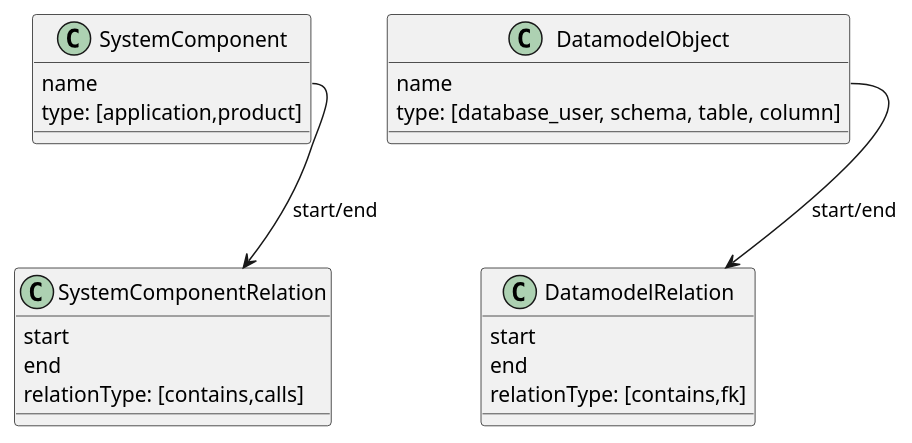
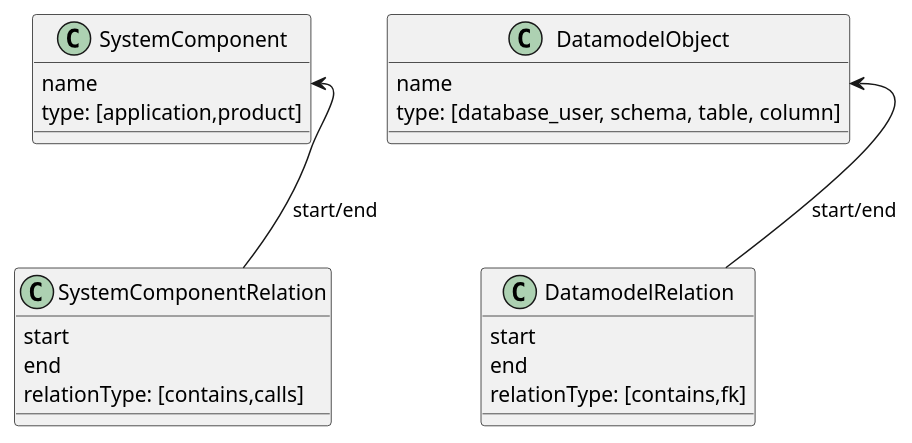
The diagram in docs/schema.plantuml (zalum/context-diagram-visualizer), drawn with PlantUML before and after one commit. The commit also changed 3 other files, not shown here.

```diff
--- a/docs/schema.plantuml
+++ b/docs/schema.plantuml
@@ -1,29 +1,29 @@
 @startuml
 
 class SystemComponent{
     name
     type: [application,product]
 }
 
 class SystemComponentRelation{
     start
     end
     relationType: [contains,calls]
 }
 
 class DatamodelRelation{
     start
     end
     relationType: [contains,fk]
 }
 
 class DatamodelObject{
     name
     type: [database_user, schema, table, column]
 }
 
 
-DatamodelObject::name-->DatamodelRelation:start/end
-SystemComponent::name-->SystemComponentRelation:start/end
+DatamodelObject::name <-- DatamodelRelation:start/end
+SystemComponent::name <-- SystemComponentRelation:start/end
 
 @enduml
```
